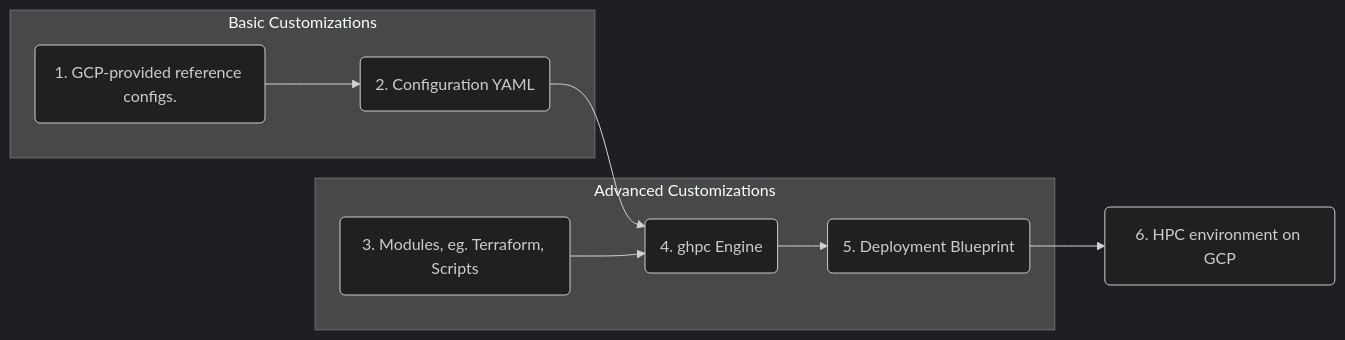
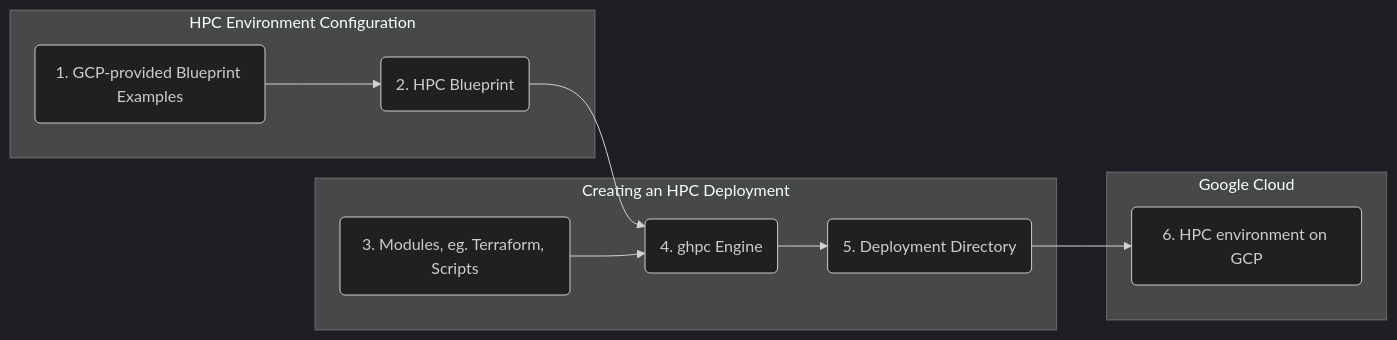
The diagram in README.md (GoogleCloudPlatform/cluster-toolkit), drawn with Mermaid (dark theme) before and after one commit. The commit also changed other lines of this file and 10 other files, not shown here.

Commit message:
Update terminology for blueprint file and deployment directory

````diff
--- a/README.md
+++ b/README.md
@@ -147,12 +147,14 @@
 ```mermaid
 graph LR
-    subgraph Basic Customizations
-    A(1. GCP-provided reference configs.) --> B(2. Configuration YAML)
+    subgraph HPC Environment Configuration
+    A(1. GCP-provided Blueprint Examples) --> B(2. HPC Blueprint)
     end
     B --> D
-    subgraph Advanced Customizations
+    subgraph Creating an HPC Deployment
     C(3. Modules, eg. Terraform, Scripts) --> D(4. ghpc Engine)
-    D --> E(5. Deployment Blueprint)
+    D --> E(5. Deployment Directory)
     end
+    subgraph Google Cloud
     E --> F(6. HPC environment on GCP)
+    end
 ```
````
